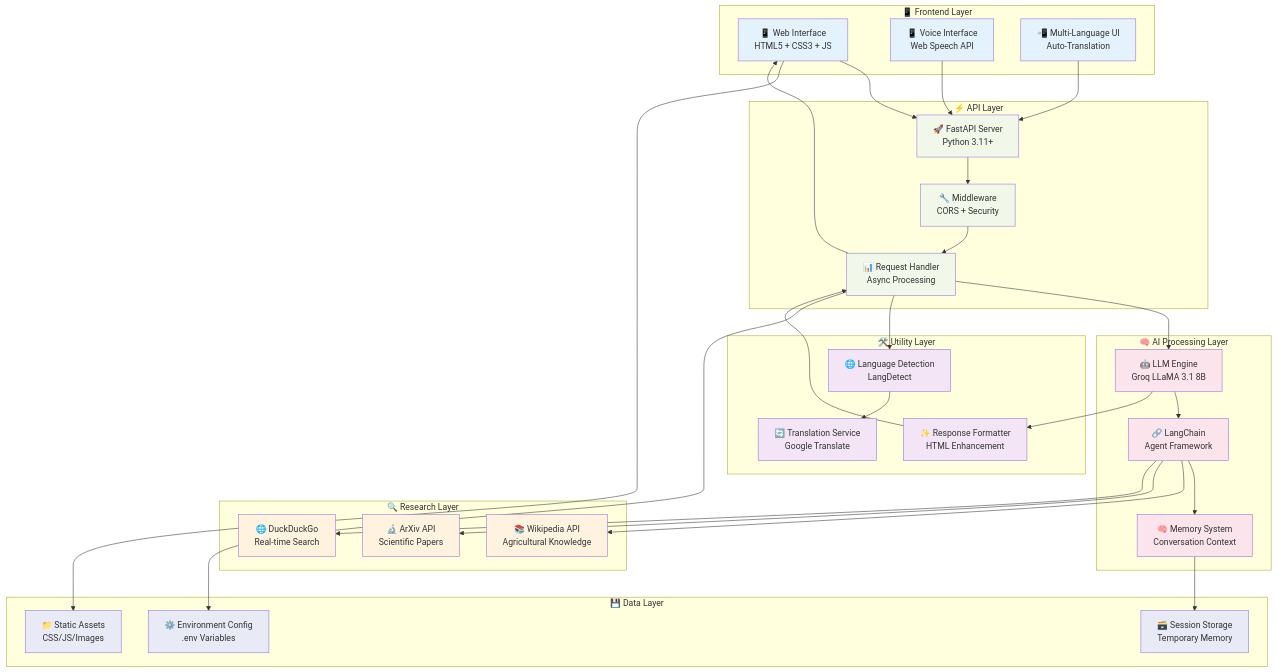
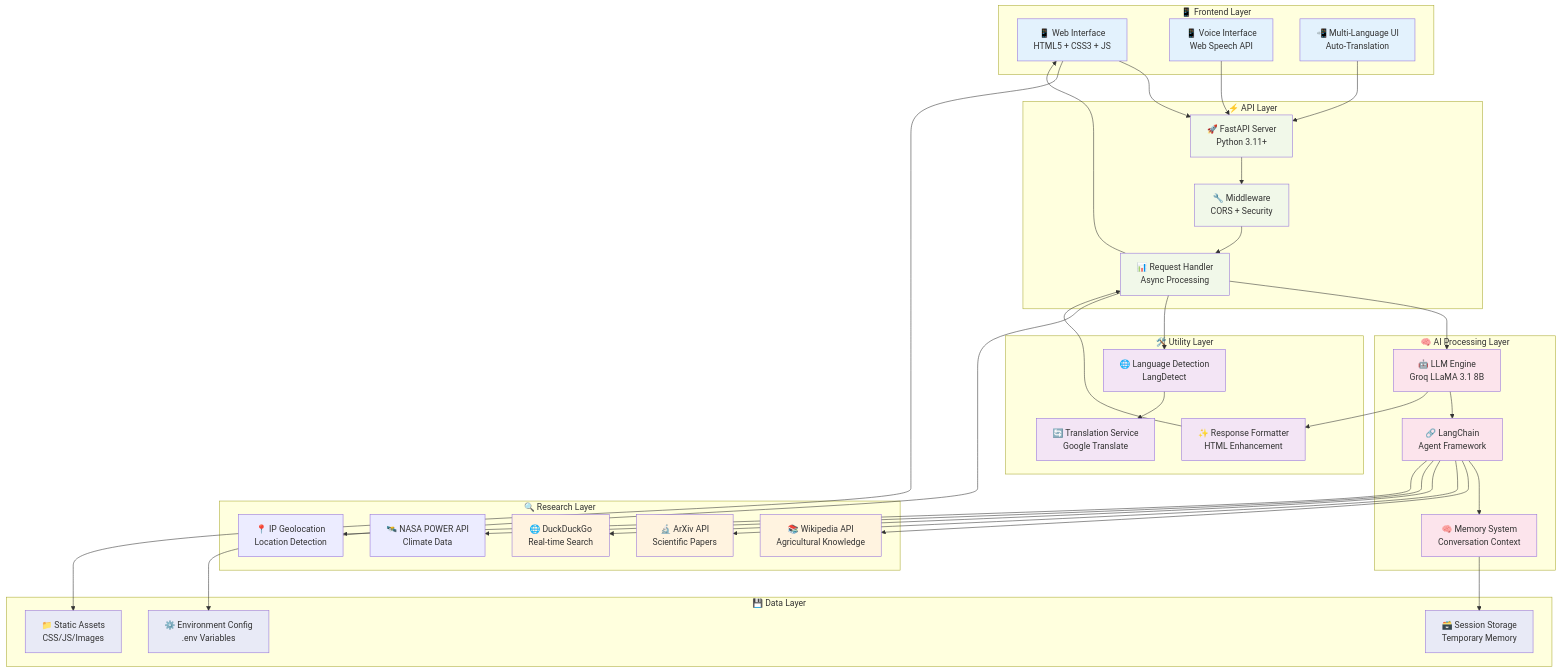
The second of 4 diagrams in README.md (Rafi-uzzaman/RootSource), drawn with Mermaid before and after one commit. The commit also changed other lines of this file and 3 other files, not shown here.

First line of the commit message:
feat: Add NASA dataset integration and location-based insights

```diff
--- a/README.md
+++ b/README.md
@@ -302,6 +347,8 @@
         J[📚 Wikipedia API<br/>Agricultural Knowledge]
         K[🔬 ArXiv API<br/>Scientific Papers]
         L[🌐 DuckDuckGo<br/>Real-time Search]
+        M1[🛰️ NASA POWER API<br/>Climate Data]
+        N1[📍 IP Geolocation<br/>Location Detection]
     end
     
     subgraph "🛠️ Utility Layer"
@@ -332,6 +379,8 @@
     H --> J
     H --> K
     H --> L
+    H --> M1
+    H --> N1
     
     %% Language Processing
     F --> M
```
